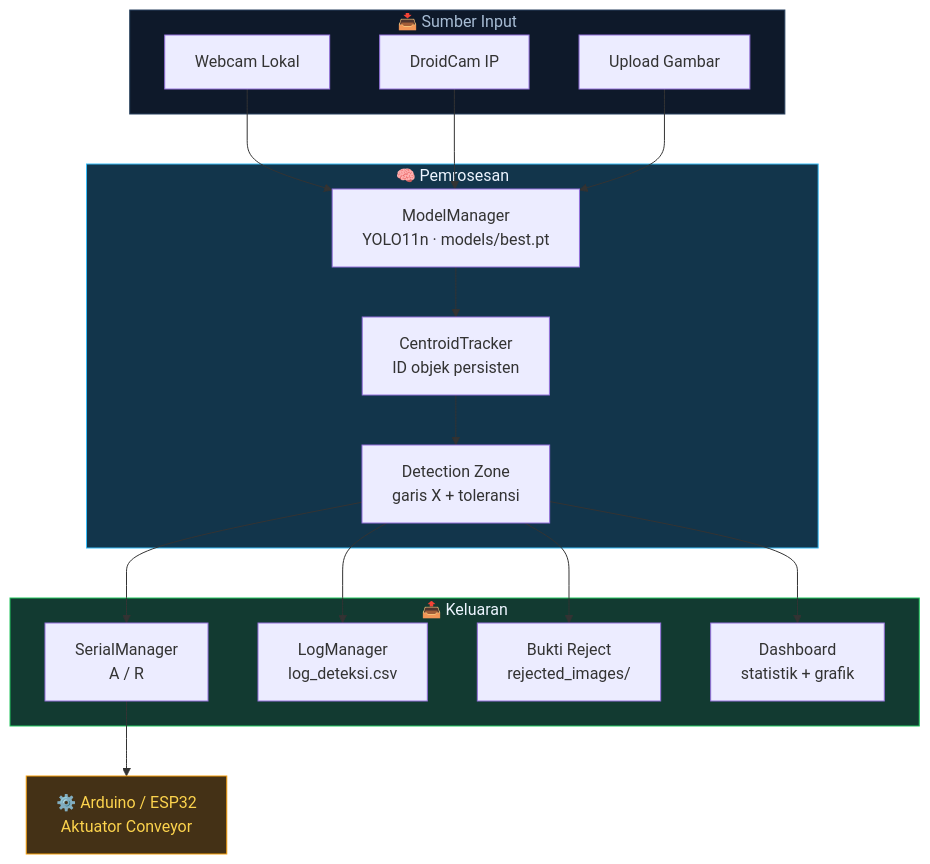
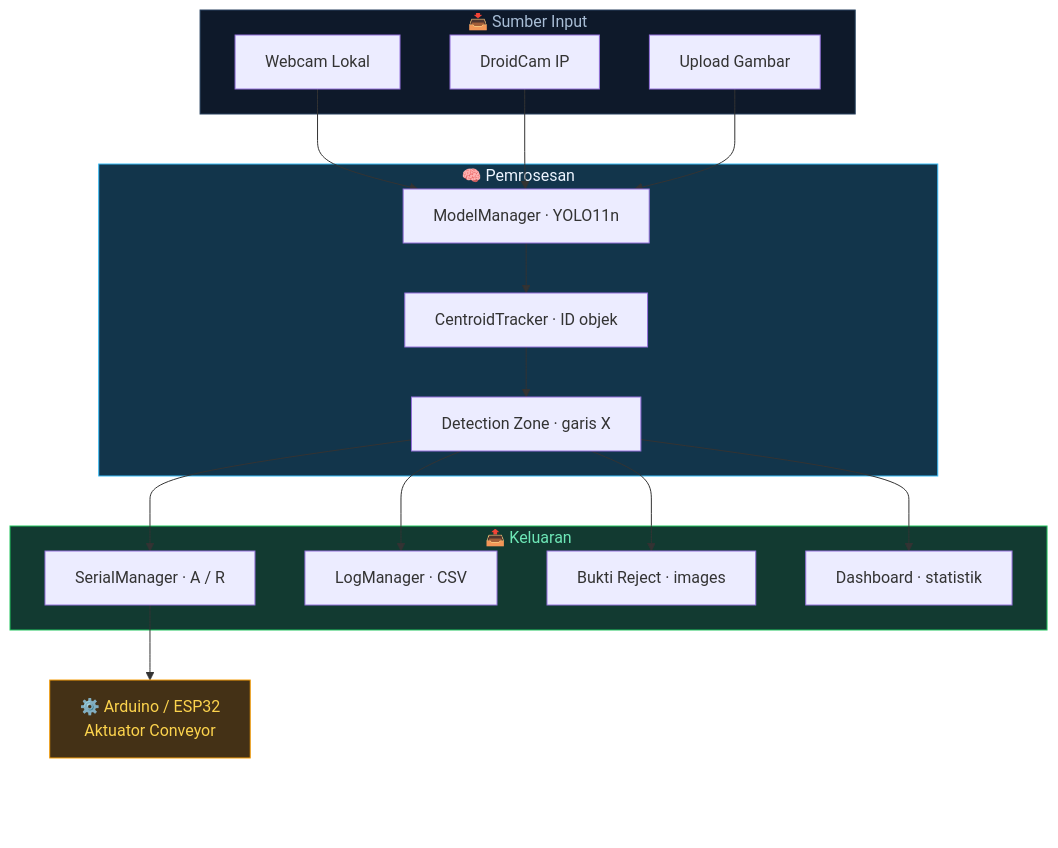
One commit to bagoes3465/PROYEK-KLASIFIKASI-KUALITAS-TELUR changed the second of 3 diagrams in README.md. Above: the diagram before and after it, drawn with Mermaid. The commit also changed other lines of this file, not shown here.

Commit message:
fix: ubah layout diagram mermaid agar tidak tertutup tombol zoom GitHub

````diff
--- a/README.md
+++ b/README.md
@@ -74,36 +82,38 @@
 ```mermaid
 flowchart TB
     subgraph INPUT["📥 Sumber Input"]
         I1["Webcam Lokal"]
         I2["DroidCam IP"]
         I3["Upload Gambar"]
     end
 
     subgraph CORE["🧠 Pemrosesan"]
-        M["ModelManager<br/>YOLO11n · models/best.pt"]
-        T["CentroidTracker<br/>ID objek persisten"]
-        Z["Detection Zone<br/>garis X + toleransi"]
+        M["ModelManager · YOLO11n"]
+        T["CentroidTracker · ID objek"]
+        Z["Detection Zone · garis X"]
     end
 
     subgraph OUTPUT["📤 Keluaran"]
-        S["SerialManager<br/>A / R"]
-        L["LogManager<br/>log_deteksi.csv"]
-        R["Bukti Reject<br/>rejected_images/"]
-        G["Dashboard<br/>statistik + grafik"]
+        S["SerialManager · A / R"]
+        L["LogManager · CSV"]
+        R["Bukti Reject · images"]
+        G["Dashboard · statistik"]
     end
 
     I1 --> M
     I2 --> M
     I3 --> M
     M --> T --> Z
     Z --> S
     Z --> L
     Z --> R
     Z --> G
     S --> HW["⚙️ Arduino / ESP32<br/>Aktuator Conveyor"]
+    HW ~~~ SPACER[" "]
 
     style INPUT fill:#0E192A,stroke:#28415E,color:#A8BDD5
     style CORE fill:#12354B,stroke:#38BDF8,color:#EDF5FF
-    style OUTPUT fill:#123A31,stroke:#22C55E,color:#EDF5FF
+    style OUTPUT fill:#123A31,stroke:#22C55E,color:#6EE7B7
     style HW fill:#443116,stroke:#F59E0B,color:#FCD34D
+    style SPACER fill:none,stroke:none
 ```
````
